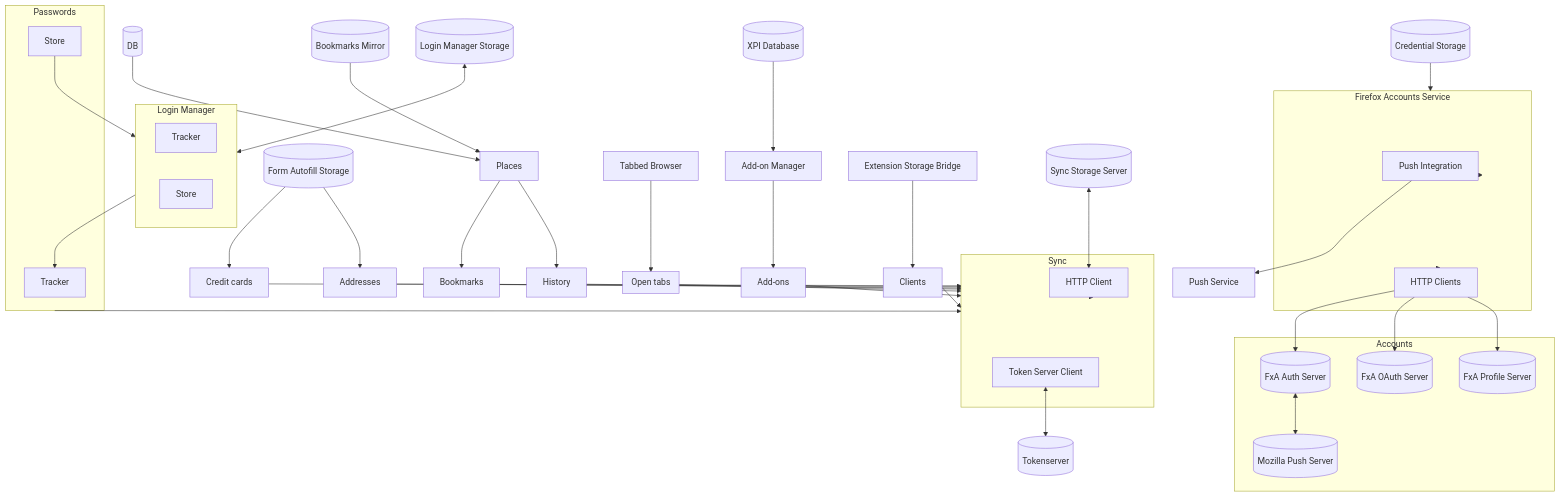
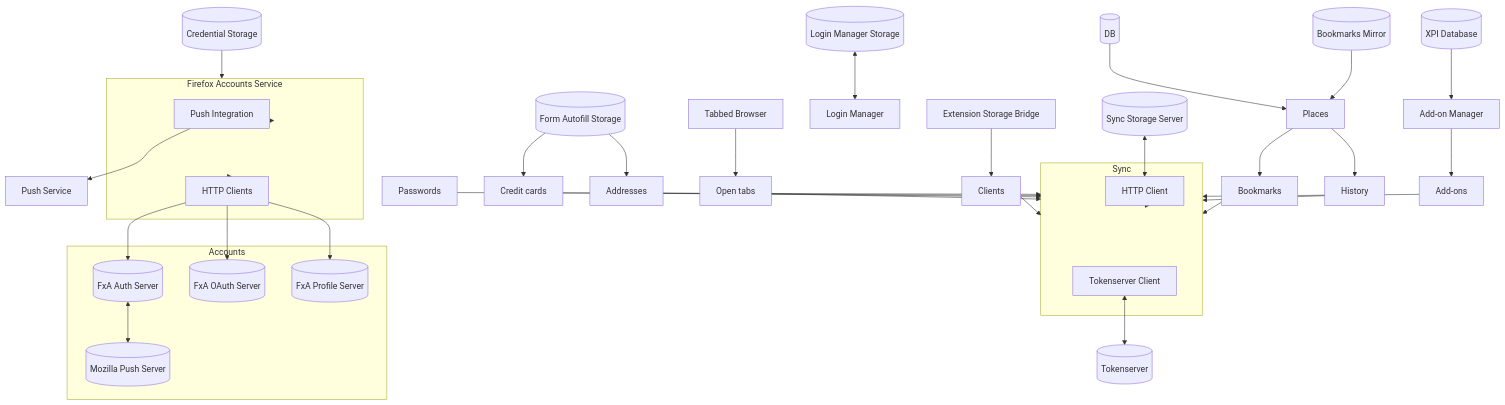
The second of 2 diagrams in docs/src/architecture.md (mozilla-services/syncstorage-rs), drawn with Mermaid before and after one commit. The commit also changed other lines of this file, not shown here.

Commit message:
added sync flow diagram and collections

````diff
--- a/docs/src/architecture.md
+++ b/docs/src/architecture.md
@@ -14,7 +48,7 @@
 ```mermaid
 graph TD
 
-  %% ===== Client-side storage =====
+  %% ===== Storage =====
   DB[("DB")]
   BookmarksMirror[("Bookmarks Mirror")]
   LoginStorage[("Login Manager Storage")]
@@ -24,11 +58,7 @@
 
   %% ===== Client components =====
   Places["Places"]
-
-    subgraph LoginManager["Login Manager"]
-  Tracker
-  Store
-end
+  LoginManager["Login Manager"]
   TabbedBrowser["Tabbed Browser"]
   AddonManager["Add-on Manager"]
   ExtensionBridge["Extension Storage Bridge"]
@@ -36,52 +66,43 @@
   %% ===== Sync engines =====
   Bookmarks["Bookmarks"]
   History["History"]
-  subgraph Passwords["Passwords"]
-pwTracker["Tracker"]
-pwStore["Store"]
-end
+  Passwords["Passwords"]
+
   CreditCards["Credit cards"]
   Addresses["Addresses"]
-  subgraph OpenTabs["Open tabs"]
-Tracker
-Store
-end
+  OpenTabs["Open tabs"]
+
   Addons["Add-ons"]
   Clients["Clients"]
 
   %% ===== Sync internals =====
   subgraph Sync["Sync"]
   HTTPClient["HTTP Client"]
-  TokenClient["Token Server Client"]
-end
-
+  TokenClient["Tokenserver Client"]
+  end
 
   %% ===== Storage =====
   SyncStorage[("Sync Storage Server")]
   TokenServer[("Tokenserver")]
   PushService["Push Service"]
 
-subgraph FirefoxAccounts["Firefox Accounts Service"]
+  subgraph FirefoxAccounts["Firefox Accounts Service"]
   PushIntegration["Push Integration"]
   FxAHTTP["HTTP Clients"]
-end
-subgraph Accounts
+  end
+  subgraph Accounts
   MozillaPush[("Mozilla Push Server")]
   FxAAuth[("FxA Auth Server")]
   FxAOAuth[("FxA OAuth Server")]
   FxAProfile[("FxA Profile Server")]
-end
+  end
 
   %% ===== Relationships =====
   DB --> Places
   BookmarksMirror --> Places
   Places --> Bookmarks
   Places --> History
-
   LoginStorage <--> LoginManager
-  pwStore --> LoginManager
-  LoginManager --> pwTracker
-
 
   AutofillStorage --> CreditCards
   AutofillStorage --> Addresses
@@ -91,7 +112,7 @@
   XPIDB --> AddonManager
   ExtensionBridge --> Clients
 
-  %% ===== Sync engine wiring =====
+  %% ===== Sync engine / Collections =====
   Bookmarks --> Sync
   History --> Sync
   Passwords --> Sync
@@ -100,23 +121,18 @@
   OpenTabs --> Sync
   Addons --> Sync
   Clients --> Sync
-
   HTTPClient --> Sync
   TokenClient <--> TokenServer
-
   SyncStorage <--> HTTPClient
-
 
   %% ===== Push & Accounts =====
   FirefoxAccounts --> PushIntegration
   FirefoxAccounts --> FxAHTTP
   FxAAuth <--> MozillaPush
 
-
   PushIntegration --> PushService
   FxAHTTP --> FxAAuth
   FxAHTTP --> FxAOAuth
   FxAHTTP --> FxAProfile
-
   CredentialStorage --> FirefoxAccounts
 ```
````
